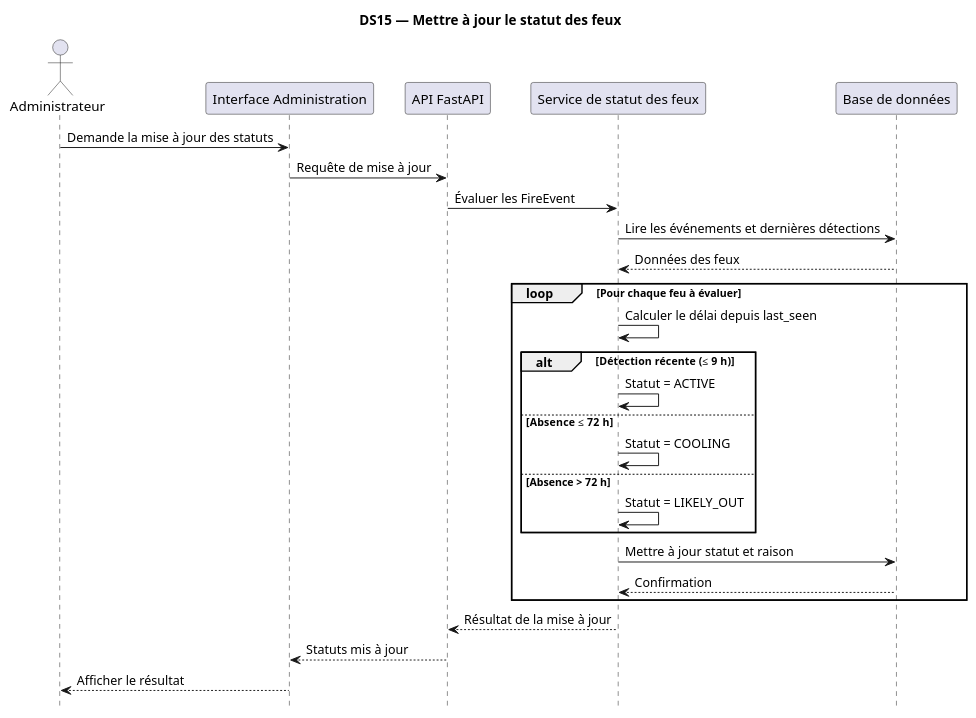
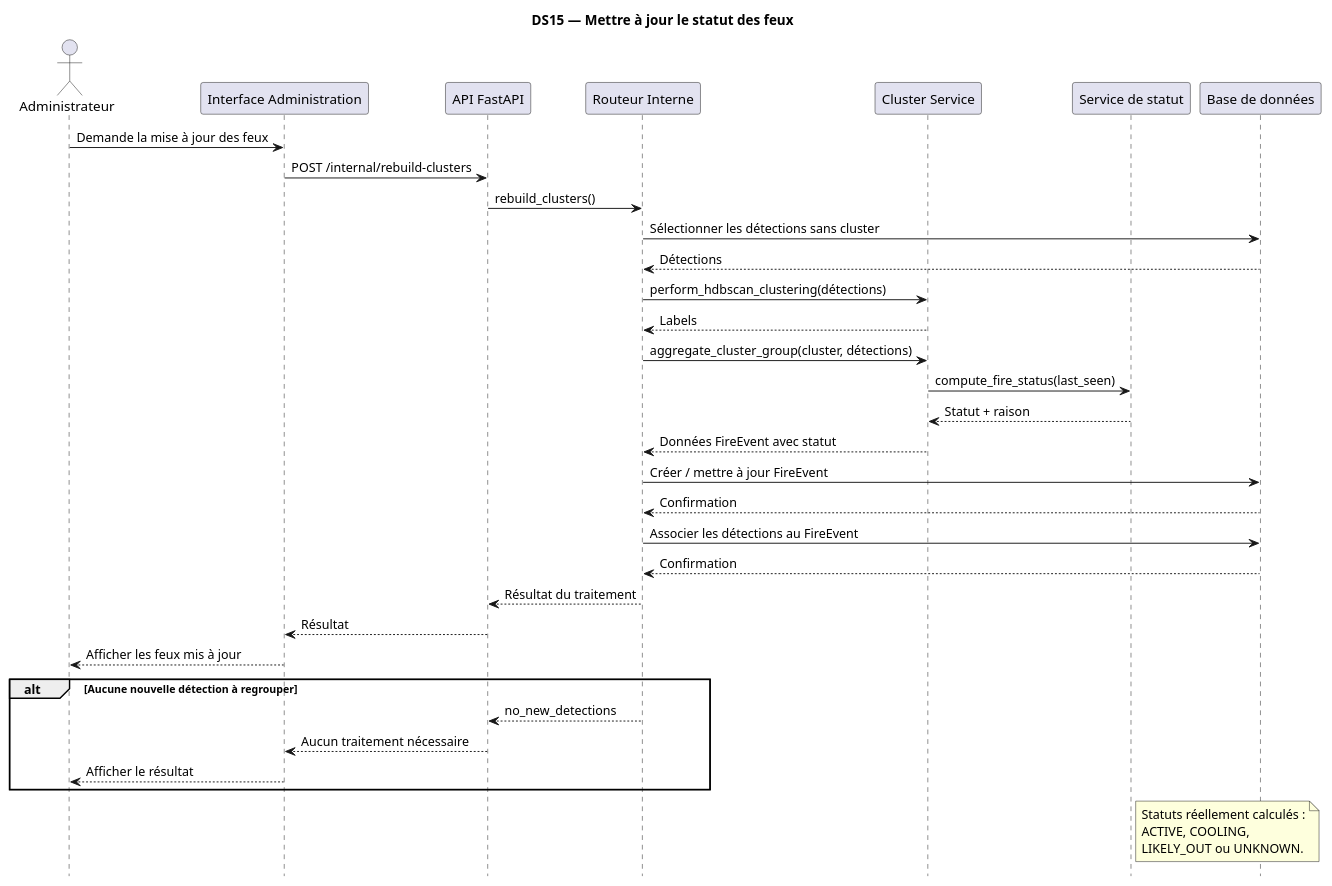
The diagram in UML_JeryMotro/DS15_Mettre_a_jour_statut_feux.plantuml (TkAbeleon/NoteAcemiqueProjetSoutenanceL3), drawn with PlantUML before and after one commit.

Commit message:
docs(UML): aligner DS15 sur le pipeline réel

```diff
--- a/UML_JeryMotro/DS15_Mettre_a_jour_statut_feux.plantuml
+++ b/UML_JeryMotro/DS15_Mettre_a_jour_statut_feux.plantuml
@@ -1,36 +1,46 @@
 @startuml
 
 title DS15 — Mettre à jour le statut des feux
 hide footbox
 skinparam shadowing false
 
 actor "Administrateur" as A
 participant "Interface Administration" as I
 participant "API FastAPI" as API
-participant "Service de statut des feux" as S
+participant "Routeur Interne" as R
+participant "Cluster Service" as C
+participant "Service de statut" as S
 participant "Base de données" as DB
 
-A -> I : Demande la mise à jour des statuts
-I -> API : Requête de mise à jour
-API -> S : Évaluer les FireEvent
-S -> DB : Lire les événements et dernières détections
-DB --> S : Données des feux
+A -> I : Demande la mise à jour des feux
+I -> API : POST /internal/rebuild-clusters
+API -> R : rebuild_clusters()
+R -> DB : Sélectionner les détections sans cluster
+DB --> R : Détections
+R -> C : perform_hdbscan_clustering(détections)
+C --> R : Labels
+R -> C : aggregate_cluster_group(cluster, détections)
+C -> S : compute_fire_status(last_seen)
+S --> C : Statut + raison
+C --> R : Données FireEvent avec statut
+R -> DB : Créer / mettre à jour FireEvent
+DB --> R : Confirmation
+R -> DB : Associer les détections au FireEvent
+DB --> R : Confirmation
+R --> API : Résultat du traitement
+API --> I : Résultat
+I --> A : Afficher les feux mis à jour
 
-loop Pour chaque feu à évaluer
-    S -> S : Calculer le délai depuis last_seen
-    alt Détection récente (≤ 9 h)
-        S -> S : Statut = ACTIVE
-    else Absence ≤ 72 h
-        S -> S : Statut = COOLING
-    else Absence > 72 h
-        S -> S : Statut = LIKELY_OUT
-    end
-    S -> DB : Mettre à jour statut et raison
-    DB --> S : Confirmation
+alt Aucune nouvelle détection à regrouper
+    R --> API : no_new_detections
+    API --> I : Aucun traitement nécessaire
+    I --> A : Afficher le résultat
 end
 
-S --> API : Résultat de la mise à jour
-API --> I : Statuts mis à jour
-I --> A : Afficher le résultat
+note right of S
+Statuts réellement calculés :
+ACTIVE, COOLING,
+LIKELY_OUT ou UNKNOWN.
+end note
 
 @enduml
```
